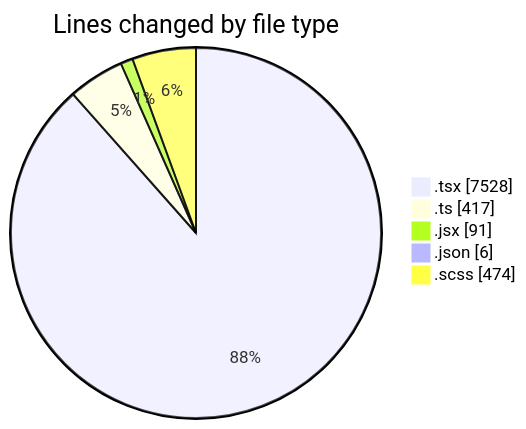
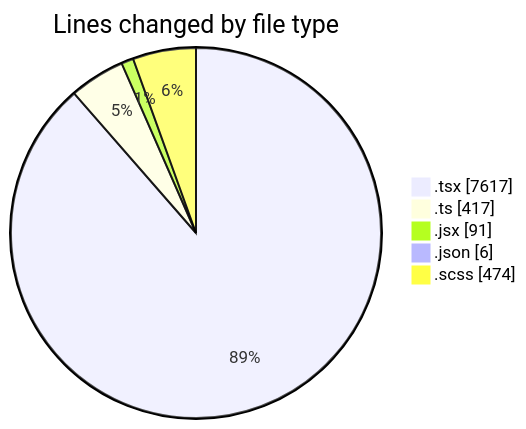
The first of 2 diagrams in 2026-04-27/cda/README.md (momahboobian/code-tracking), drawn with Mermaid before and after one commit. The commit also changed other lines of this file and 1 other file, not shown here.

````diff
--- a/2026-04-27/cda/README.md
+++ b/2026-04-27/cda/README.md
@@ -48,9 +48,9 @@
 ```mermaid
 pie showData
 title Lines changed by file type
-".tsx" : 7528
+".tsx" : 7617
 ".ts" : 417
 ".jsx" : 91
 ".json" : 6
 ".scss" : 474
 ```
````
